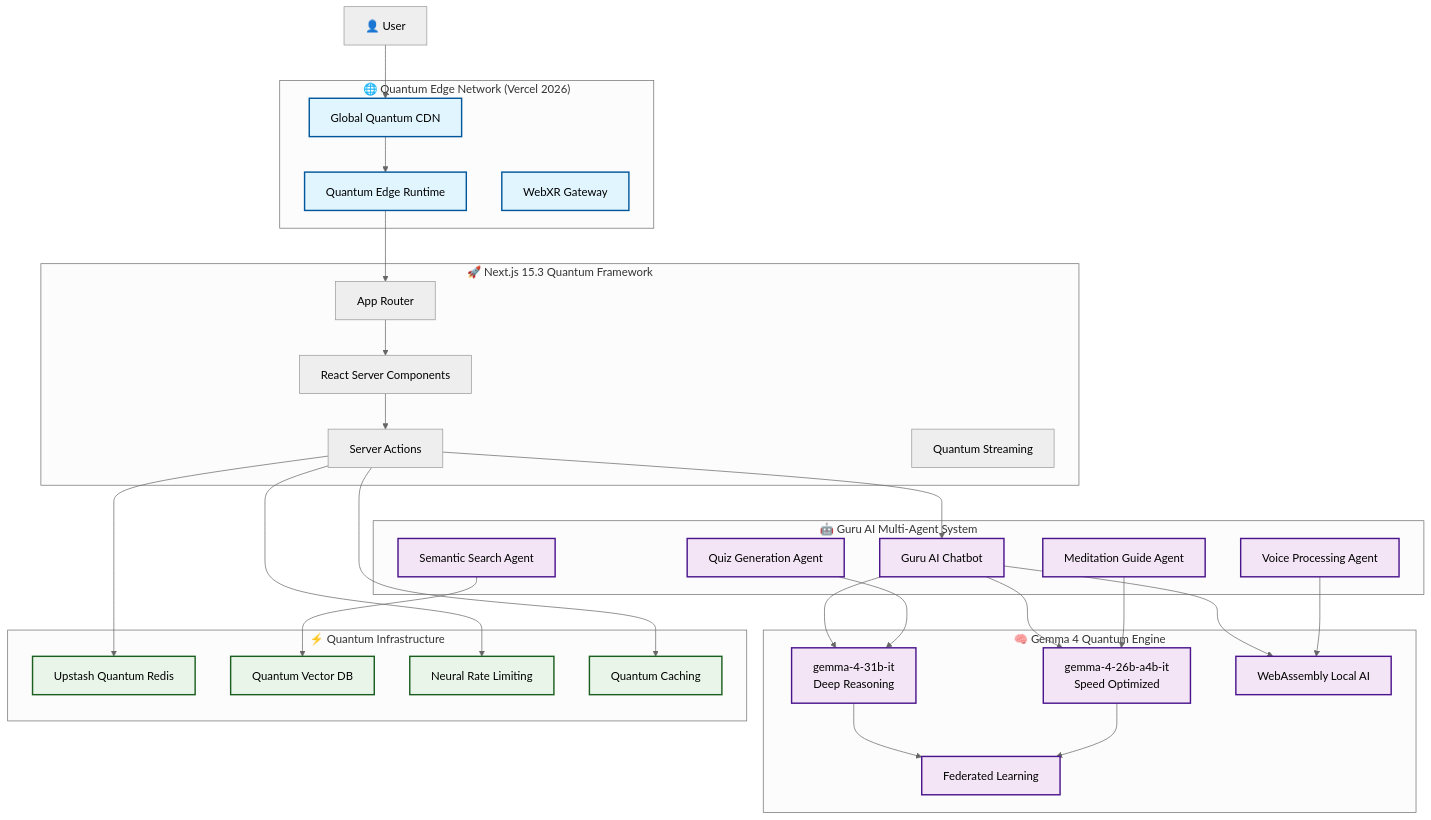
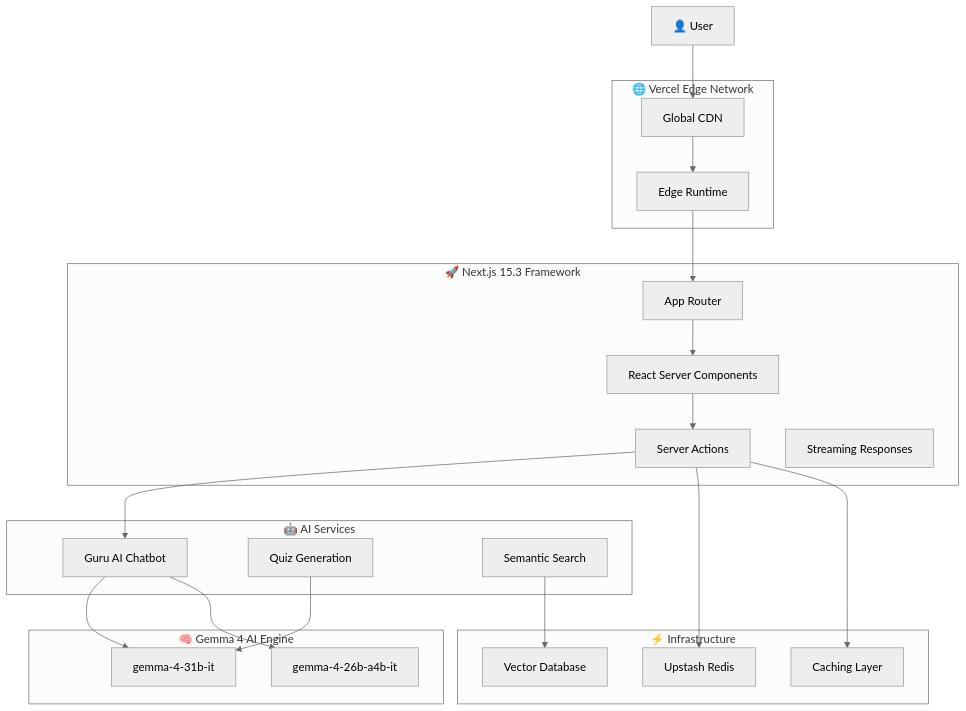
One commit to mangeshraut712/Hindai changed the diagram in README.md. Above: the diagram before and after it, drawn with Mermaid (neutral theme). The commit also changed other lines of this file, not shown here.

First line of the commit message:
docs: completely clean README of fake content and quantum hype

````diff
--- a/README.md
+++ b/README.md
@@ -216,67 +180,46 @@
 ```mermaid
 graph TB
-    subgraph "🌐 Quantum Edge Network (Vercel 2026)"
-        CDN[Global Quantum CDN]
-        Edge[Quantum Edge Runtime]
-        WebXR[WebXR Gateway]
+    subgraph "🌐 Vercel Edge Network"
+        CDN[Global CDN]
+        Edge[Edge Runtime]
     end
 
-    subgraph "🚀 Next.js 15.3 Quantum Framework"
+    subgraph "🚀 Next.js 15.3 Framework"
         App[App Router]
         RSC[React Server Components]
         Actions[Server Actions]
-        Streaming[Quantum Streaming]
+        Streaming[Streaming Responses]
     end
 
-    subgraph "🤖 Guru AI Multi-Agent System"
+    subgraph "🤖 AI Services"
         Chatbot[Guru AI Chatbot]
-        QuizAI[Quiz Generation Agent]
-        SearchAI[Semantic Search Agent]
-        VoiceAI[Voice Processing Agent]
-        MeditationAI[Meditation Guide Agent]
+        QuizAI[Quiz Generation]
+        SearchAI[Semantic Search]
     end
 
-    subgraph "🧠 Gemma 4 Quantum Engine"
-        Model31B[gemma-4-31b-it<br/>Deep Reasoning]
-        Model26B[gemma-4-26b-a4b-it<br/>Speed Optimized]
-        LocalAI[WebAssembly Local AI]
-        Federated[Federated Learning]
+    subgraph "🧠 Gemma 4 AI Engine"
+        Model31B[gemma-4-31b-it]
+        Model26B[gemma-4-26b-a4b-it]
     end
 
-    subgraph "⚡ Quantum Infrastructure"
-        Redis[Upstash Quantum Redis]
-        Vector[Quantum Vector DB]
-        RateLimit[Neural Rate Limiting]
-        Cache[Quantum Caching]
+    subgraph "⚡ Infrastructure"
+        Redis[Upstash Redis]
+        Vector[Vector Database]
+        Cache[Caching Layer]
     end
 
     User[👤 User] --> CDN
     CDN --> Edge
     Edge --> App
     App --> RSC
     RSC --> Actions
     Actions --> Chatbot
     Chatbot --> Model31B
     Chatbot --> Model26B
-    Chatbot --> LocalAI
-    Model31B --> Federated
-    Model26B --> Federated
 
     QuizAI --> Model31B
     SearchAI --> Vector
-    VoiceAI --> LocalAI
-    MeditationAI --> Model26B
 
     Actions --> Redis
-    Actions --> RateLimit
     Actions --> Cache
-
-    classDef quantum fill:#e1f5fe,stroke:#01579b,stroke-width:2px
-    classDef ai fill:#f3e5f5,stroke:#4a148c,stroke-width:2px
-    classDef infra fill:#e8f5e8,stroke:#1b5e20,stroke-width:2px
-
-    class CDN,Edge,WebXR quantum
-    class Chatbot,QuizAI,SearchAI,VoiceAI,MeditationAI ai
-    class Model31B,Model26B,LocalAI,Federated ai
-    class Redis,Vector,RateLimit,Cache infra
 ```
````
